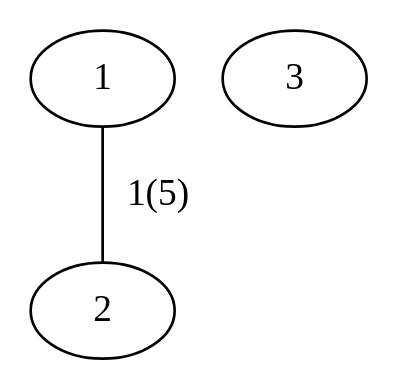
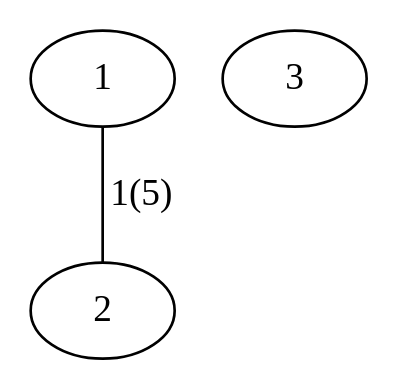
The second of 6 diagrams in doc/src/pgRouting-concepts.rst (pgRouting/pgrouting), drawn with Graphviz before and after one commit. The commit also changed other lines of this file and 9 other files, not shown here.

```diff
--- a/doc/src/pgRouting-concepts.rst
+++ b/doc/src/pgRouting-concepts.rst
@@ -164,6 +164,6 @@
 .. graphviz::
 
    graph G {
-    1 -- 2 [label="  1(5)"];
+    1 -- 2 [label="1(5)"];
     3;
    }
```
